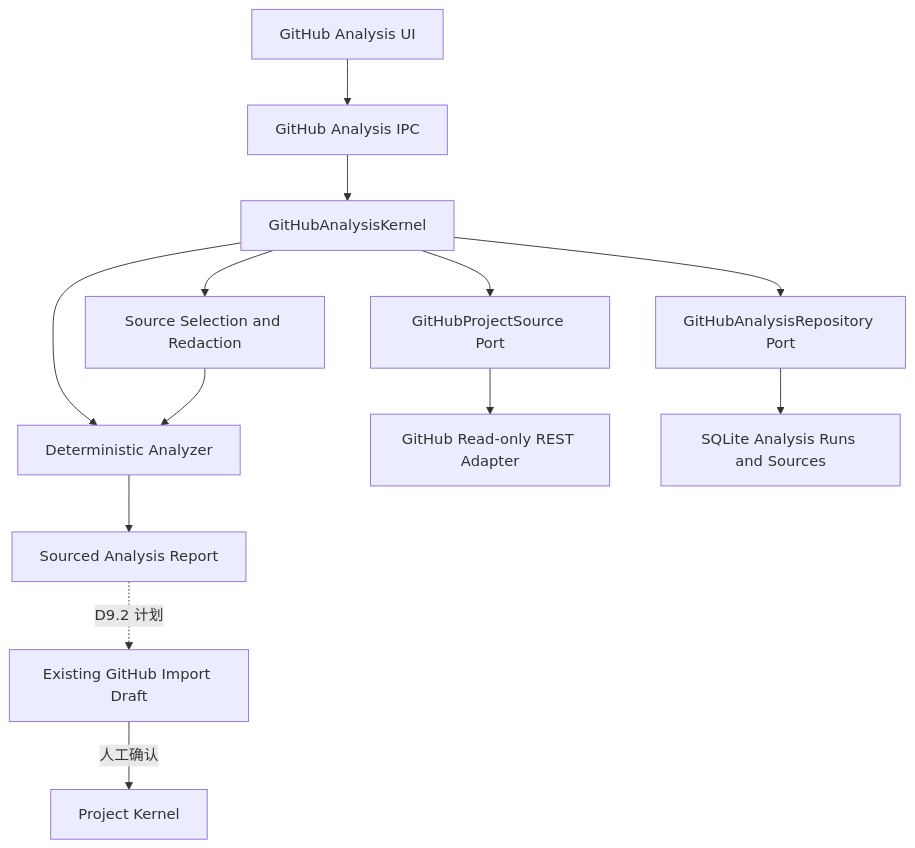
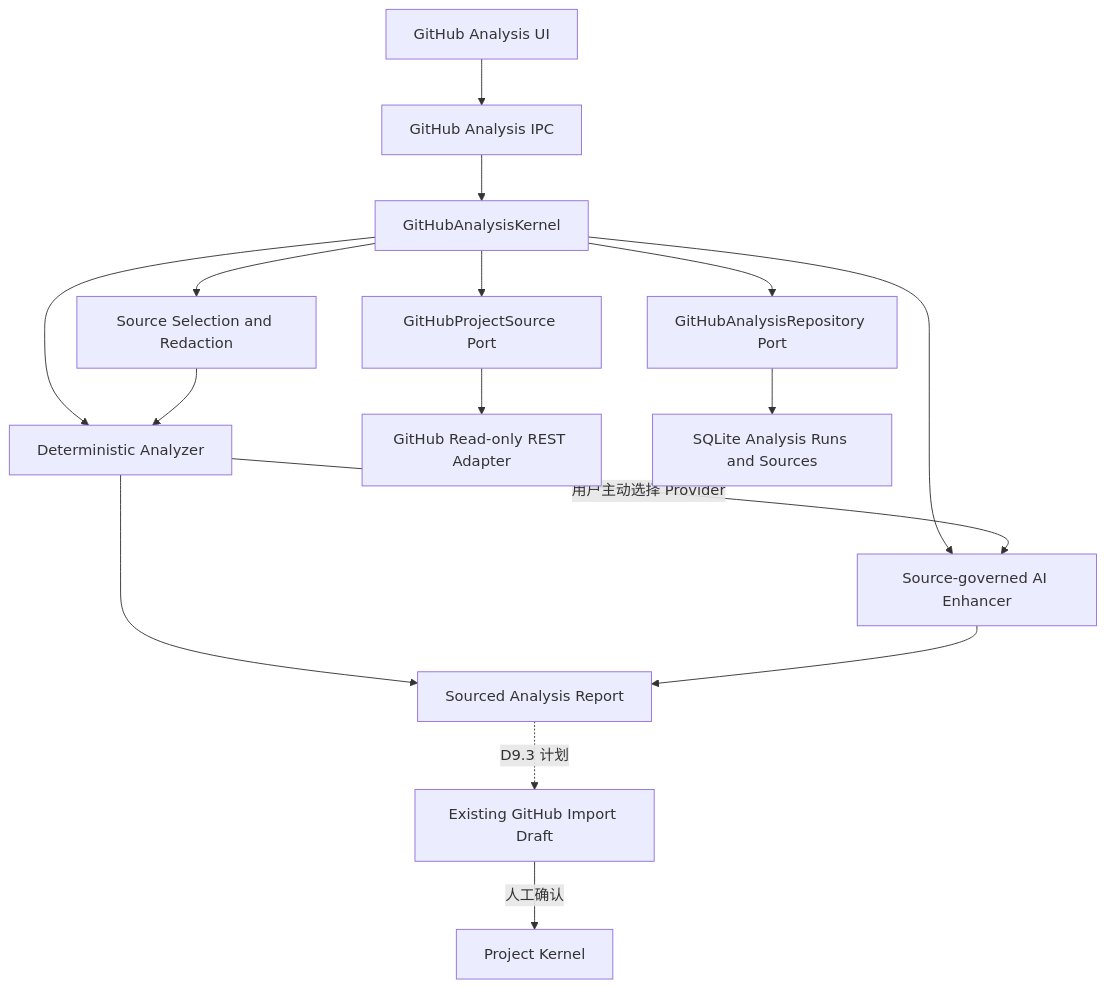
Before and after one commit to SZYWAH/ForgeOS: the fifth of 5 diagrams in docs/architecture.md, drawn with Mermaid. The commit also changed other lines of this file and 3 other files, not shown here.

````diff
--- a/docs/architecture.md
+++ b/docs/architecture.md
@@ -608,15 +608,18 @@
 ```mermaid
 flowchart TD
     UI["GitHub Analysis UI"] --> IPC["GitHub Analysis IPC"]
     IPC --> APP["GitHubAnalysisKernel"]
     APP --> PORT1["GitHubProjectSource Port"]
     APP --> PORT2["GitHubAnalysisRepository Port"]
     APP --> RULES["Deterministic Analyzer"]
+    APP --> AI["Source-governed AI Enhancer"]
     APP --> SAFE["Source Selection and Redaction"]
     PORT1 --> GH["GitHub Read-only REST Adapter"]
     PORT2 --> DB["SQLite Analysis Runs and Sources"]
     SAFE --> RULES
     RULES --> REPORT["Sourced Analysis Report"]
-    REPORT -.->|"D9.2 计划"| IMPORT["Existing GitHub Import Draft"]
+    RULES -->|"用户主动选择 Provider"| AI
+    AI --> REPORT
+    REPORT -.->|"D9.3 计划"| IMPORT["Existing GitHub Import Draft"]
     IMPORT -->|"人工确认"| PROJECT["Project Kernel"]
 ```
````
